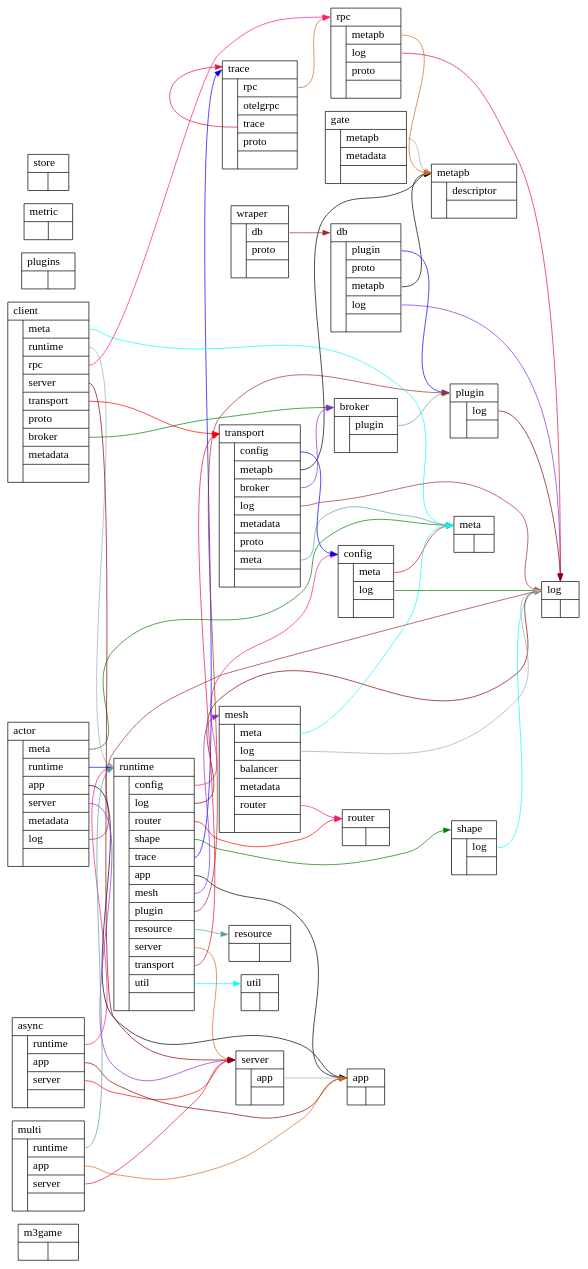
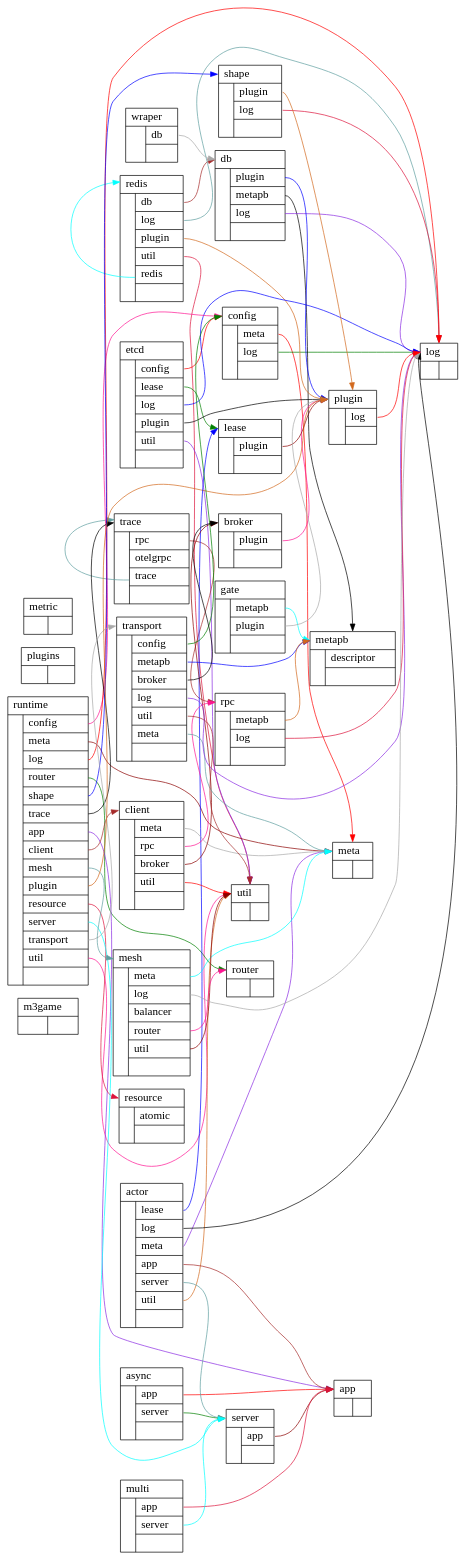
Before and after one commit to Tudongye/m3game: the diagram in tools/refer/Graph.dot, drawn with Graphviz. The commit also changed 36 other files, not shown here.

```diff
--- a/tools/refer/Graph.dot
+++ b/tools/refer/Graph.dot
@@ -61,9 +61,19 @@
         label = "<head> db\l|
             {|{
                 <plugin> plugin\l|
-                <proto> proto\l|
                 <metapb> metapb\l|
                 <log> log\l|
+            }}"
+        shape = "record"
+    ];
+    "redis" [
+        label = "<head> redis\l|
+            {|{
+                <db> db\l|
+                <log> log\l|
+                <plugin> plugin\l|
+                <util> util\l|
+                <redis> redis\l|
             }}"
         shape = "record"
     ];
@@ -71,7 +81,6 @@
         label = "<head> wraper\l|
             {|{
                 <db> db\l|
-                <proto> proto\l|
             }}"
         shape = "record"
     ];
@@ -94,25 +103,37 @@
             }}"
         shape = "record"
     ];
+    "lease" [
+        label = "<head> lease\l|
+            {|{
+                <plugin> plugin\l|
+            }}"
+        shape = "record"
+    ];
+    "etcd" [
+        label = "<head> etcd\l|
+            {|{
+                <config> config\l|
+                <lease> lease\l|
+                <log> log\l|
+                <plugin> plugin\l|
+                <util> util\l|
+            }}"
+        shape = "record"
+    ];
     "trace" [
         label = "<head> trace\l|
             {|{
                 <rpc> rpc\l|
                 <otelgrpc> otelgrpc\l|
                 <trace> trace\l|
-                <proto> proto\l|
-            }}"
-        shape = "record"
-    ];
-    "store" [
-        label = "<head> store\l|
-            {|{
             }}"
         shape = "record"
     ];
     "shape" [
         label = "<head> shape\l|
             {|{
+                <plugin> plugin\l|
                 <log> log\l|
             }}"
         shape = "record"
@@ -121,7 +142,7 @@
         label = "<head> gate\l|
             {|{
                 <metapb> metapb\l|
-                <metadata> metadata\l|
+                <plugin> plugin\l|
             }}"
         shape = "record"
     ];
@@ -129,11 +150,13 @@
         label = "<head> runtime\l|
             {|{
                 <config> config\l|
+                <meta> meta\l|
                 <log> log\l|
                 <router> router\l|
                 <shape> shape\l|
                 <trace> trace\l|
                 <app> app\l|
+                <client> client\l|
                 <mesh> mesh\l|
                 <plugin> plugin\l|
                 <resource> resource\l|
@@ -152,6 +175,7 @@
     "resource" [
         label = "<head> resource\l|
             {|{
+                <atomic> atomic\l|
             }}"
         shape = "record"
     ];
@@ -165,7 +189,6 @@
     "async" [
         label = "<head> async\l|
             {|{
-                <runtime> runtime\l|
                 <app> app\l|
                 <server> server\l|
             }}"
@@ -174,19 +197,18 @@
     "actor" [
         label = "<head> actor\l|
             {|{
+                <lease> lease\l|
+                <log> log\l|
                 <meta> meta\l|
-                <runtime> runtime\l|
                 <app> app\l|
                 <server> server\l|
-                <metadata> metadata\l|
-                <log> log\l|
+                <util> util\l|
             }}"
         shape = "record"
     ];
     "multi" [
         label = "<head> multi\l|
             {|{
-                <runtime> runtime\l|
                 <app> app\l|
                 <server> server\l|
             }}"
@@ -196,13 +218,9 @@
         label = "<head> client\l|
             {|{
                 <meta> meta\l|
-                <runtime> runtime\l|
                 <rpc> rpc\l|
-                <server> server\l|
-                <transport> transport\l|
-                <proto> proto\l|
                 <broker> broker\l|
-                <metadata> metadata\l|
+                <util> util\l|
             }}"
         shape = "record"
     ];
@@ -213,8 +231,7 @@
                 <metapb> metapb\l|
                 <broker> broker\l|
                 <log> log\l|
-                <metadata> metadata\l|
-                <proto> proto\l|
+                <util> util\l|
                 <meta> meta\l|
             }}"
         shape = "record"
@@ -224,7 +241,6 @@
             {|{
                 <metapb> metapb\l|
                 <log> log\l|
-                <proto> proto\l|
             }}"
         shape = "record"
     ];
@@ -234,8 +250,8 @@
                 <meta> meta\l|
                 <log> log\l|
                 <balancer> balancer\l|
-                <metadata> metadata\l|
                 <router> router\l|
+                <util> util\l|
             }}"
         shape = "record"
     ];
@@ -252,51 +268,65 @@
     db:plugin -> plugin:head[color="blue"]
     db:metapb -> metapb:head[color="black"]
     db:log -> log:head[color="blueviolet"]
-    wraper:db -> db:head[color="brown"]
-    broker:plugin -> plugin:head[color="cadetblue"]
-    trace:rpc -> rpc:head[color="chocolate"]
-    trace:trace -> trace:head[color="crimson"]
-    shape:log -> log:head[color="cyan"]
-    gate:metapb -> metapb:head[color="darkgrey"]
+    redis:db -> db:head[color="brown"]
+    redis:log -> log:head[color="cadetblue"]
+    redis:plugin -> plugin:head[color="chocolate"]
+    redis:util -> util:head[color="crimson"]
+    redis:redis -> redis:head[color="cyan"]
+    wraper:db -> db:head[color="darkgrey"]
+    broker:plugin -> plugin:head[color="deeppink"]
+    lease:plugin -> plugin:head[color="darkred"]
+    etcd:config -> config:head[color="red"]
+    etcd:lease -> lease:head[color="green"]
+    etcd:log -> log:head[color="blue"]
+    etcd:plugin -> plugin:head[color="black"]
+    etcd:util -> util:head[color="blueviolet"]
+    trace:rpc -> rpc:head[color="brown"]
+    trace:trace -> trace:head[color="cadetblue"]
+    shape:plugin -> plugin:head[color="chocolate"]
+    shape:log -> log:head[color="crimson"]
+    gate:metapb -> metapb:head[color="cyan"]
+    gate:plugin -> plugin:head[color="darkgrey"]
     runtime:config -> config:head[color="deeppink"]
-    runtime:log -> log:head[color="darkred"]
-    runtime:router -> router:head[color="red"]
-    runtime:shape -> shape:head[color="green"]
-    runtime:trace -> trace:head[color="blue"]
-    runtime:app -> app:head[color="black"]
-    runtime:mesh -> mesh:head[color="blueviolet"]
-    runtime:plugin -> plugin:head[color="brown"]
-    runtime:resource -> resource:head[color="cadetblue"]
-    runtime:server -> server:head[color="chocolate"]
-    runtime:transport -> transport:head[color="crimson"]
-    runtime:util -> util:head[color="cyan"]
-    server:app -> app:head[color="darkgrey"]
-    async:runtime -> runtime:head[color="deeppink"]
-    async:app -> app:head[color="darkred"]
-    async:server -> server:head[color="red"]
-    actor:meta -> meta:head[color="green"]
-    actor:runtime -> runtime:head[color="blue"]
-    actor:app -> app:head[color="black"]
-    actor:server -> server:head[color="blueviolet"]
-    actor:log -> log:head[color="brown"]
-    multi:runtime -> runtime:head[color="cadetblue"]
-    multi:app -> app:head[color="chocolate"]
-    multi:server -> server:head[color="crimson"]
-    client:meta -> meta:head[color="cyan"]
-    client:runtime -> runtime:head[color="darkgrey"]
+    runtime:meta -> meta:head[color="darkred"]
+    runtime:log -> log:head[color="red"]
+    runtime:router -> router:head[color="green"]
+    runtime:shape -> shape:head[color="blue"]
+    runtime:trace -> trace:head[color="black"]
+    runtime:app -> app:head[color="blueviolet"]
+    runtime:client -> client:head[color="brown"]
+    runtime:mesh -> mesh:head[color="cadetblue"]
+    runtime:plugin -> plugin:head[color="chocolate"]
+    runtime:resource -> resource:head[color="crimson"]
+    runtime:server -> server:head[color="cyan"]
+    runtime:transport -> transport:head[color="darkgrey"]
+    runtime:util -> util:head[color="deeppink"]
+    server:app -> app:head[color="darkred"]
+    async:app -> app:head[color="red"]
+    async:server -> server:head[color="green"]
+    actor:lease -> lease:head[color="blue"]
+    actor:log -> log:head[color="black"]
+    actor:meta -> meta:head[color="blueviolet"]
+    actor:app -> app:head[color="brown"]
+    actor:server -> server:head[color="cadetblue"]
+    actor:util -> util:head[color="chocolate"]
+    multi:app -> app:head[color="crimson"]
+    multi:server -> server:head[color="cyan"]
+    client:meta -> meta:head[color="darkgrey"]
     client:rpc -> rpc:head[color="deeppink"]
-    client:server -> server:head[color="darkred"]
-    client:transport -> transport:head[color="red"]
-    client:broker -> broker:head[color="green"]
-    transport:config -> config:head[color="blue"]
-    transport:metapb -> metapb:head[color="black"]
-    transport:broker -> broker:head[color="blueviolet"]
-    transport:log -> log:head[color="brown"]
+    client:broker -> broker:head[color="darkred"]
+    client:util -> util:head[color="red"]
+    transport:config -> config:head[color="green"]
+    transport:metapb -> metapb:head[color="blue"]
+    transport:broker -> broker:head[color="black"]
+    transport:log -> log:head[color="blueviolet"]
+    transport:util -> util:head[color="brown"]
     transport:meta -> meta:head[color="cadetblue"]
     rpc:metapb -> metapb:head[color="chocolate"]
     rpc:log -> log:head[color="crimson"]
     mesh:meta -> meta:head[color="cyan"]
     mesh:log -> log:head[color="darkgrey"]
     mesh:router -> router:head[color="deeppink"]
-    plugin:log -> log:head[color="darkred"]
+    mesh:util -> util:head[color="darkred"]
+    plugin:log -> log:head[color="red"]
 }
```
